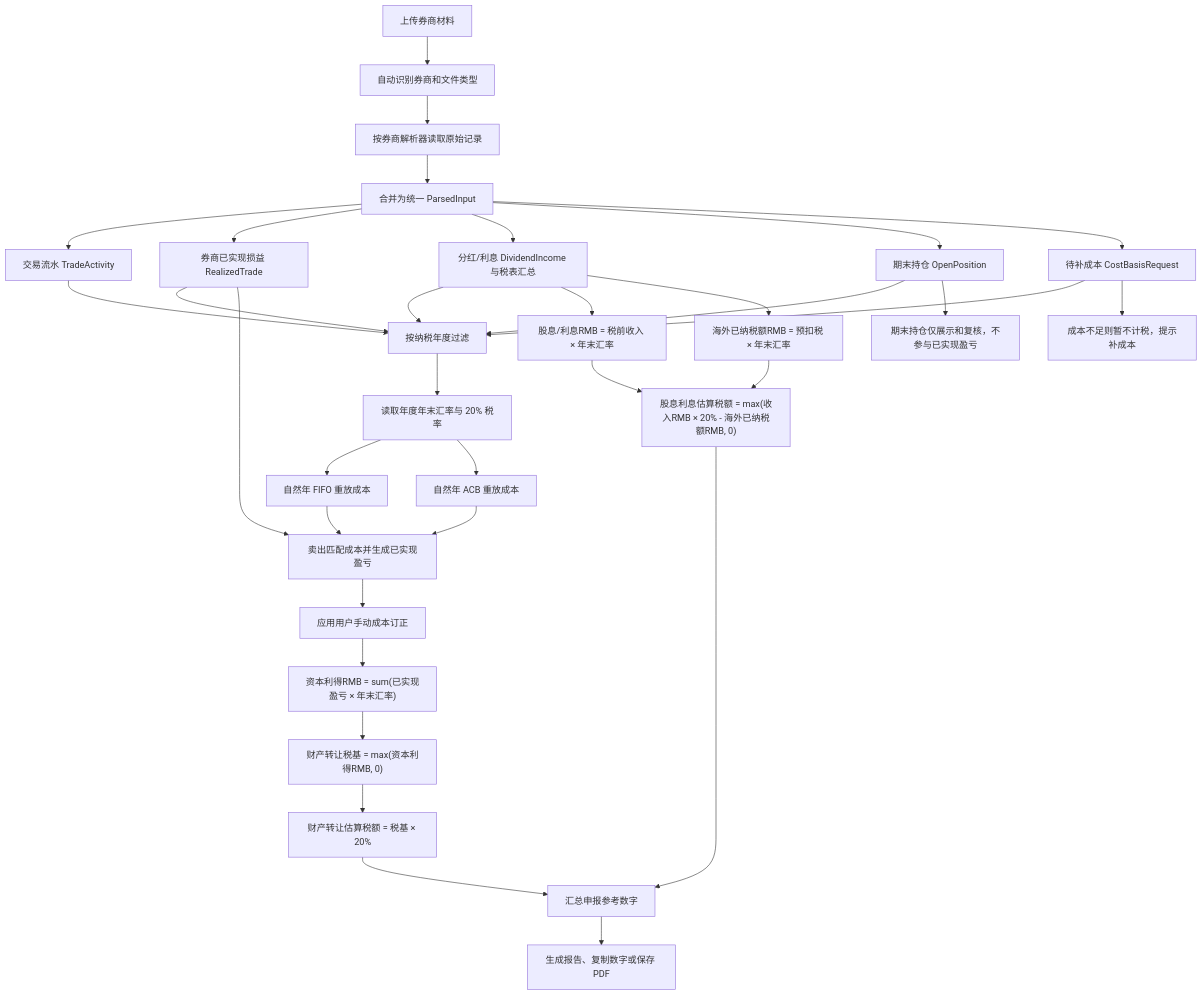
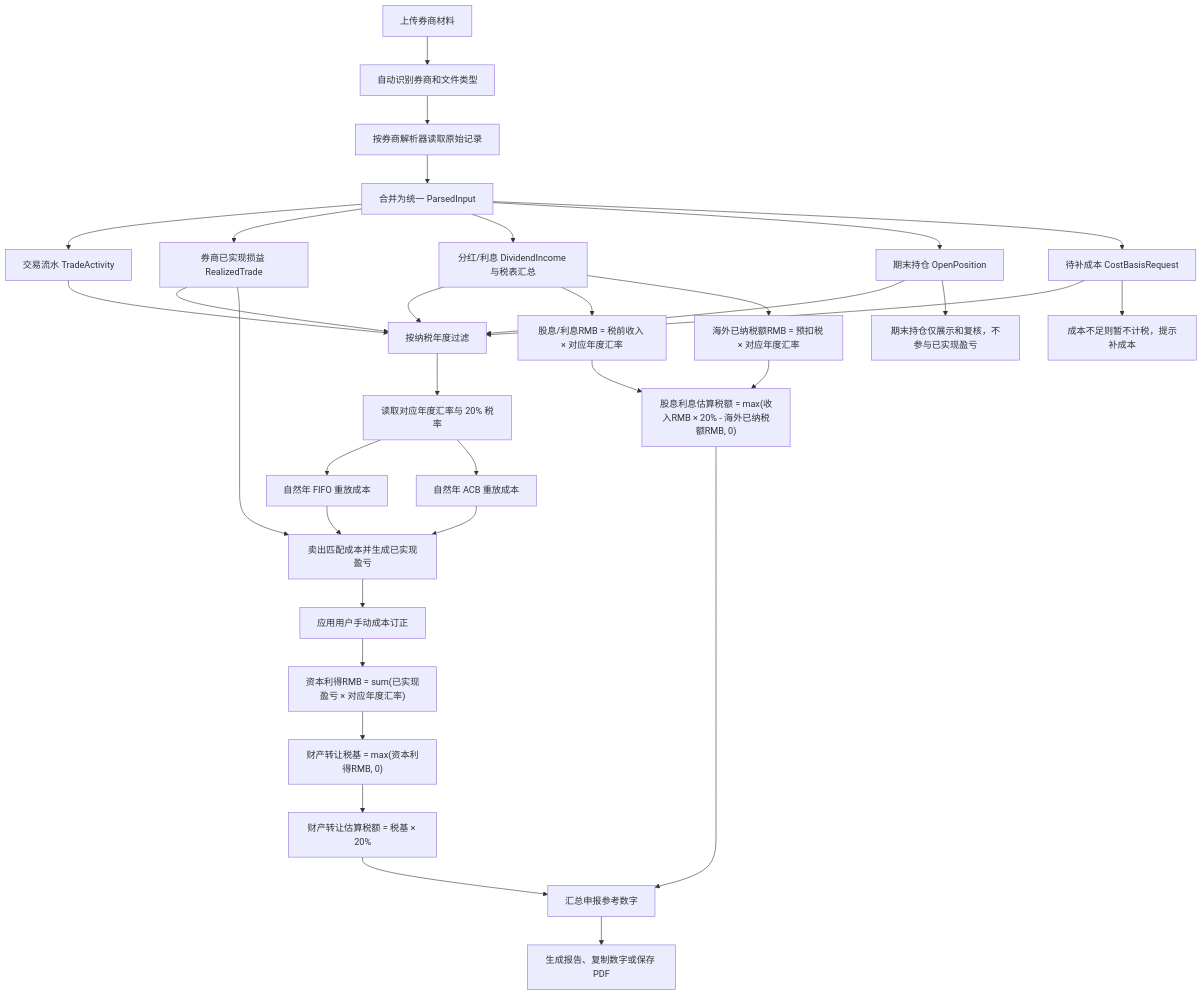
One commit to AdjieC/tax-check changed the diagram in README.md. Above: the diagram before and after it, drawn with Mermaid. The commit also changed other lines of this file and 7 other files, not shown here.

````diff
--- a/README.md
+++ b/README.md
@@ -121,42 +121,42 @@
 ```mermaid
 flowchart TD
   A["上传券商材料"] --> B["自动识别券商和文件类型"]
   B --> C["按券商解析器读取原始记录"]
   C --> D["合并为统一 ParsedInput"]
 
   D --> E1["交易流水 TradeActivity"]
   D --> E2["券商已实现损益 RealizedTrade"]
   D --> E3["分红/利息 DividendIncome 与税表汇总"]
   D --> E4["期末持仓 OpenPosition"]
   D --> E5["待补成本 CostBasisRequest"]
 
   E1 --> F["按纳税年度过滤"]
   E2 --> F
   E3 --> F
   E4 --> F
   E5 --> F
 
-  F --> G["读取年度年末汇率与 20% 税率"]
+  F --> G["读取对应年度汇率与 20% 税率"]
   G --> H1["自然年 FIFO 重放成本"]
   G --> H2["自然年 ACB 重放成本"]
 
   H1 --> I["卖出匹配成本并生成已实现盈亏"]
   H2 --> I
   E2 --> I
   E5 --> J["成本不足则暂不计税，提示补成本"]
   I --> K["应用用户手动成本订正"]
 
-  K --> L["资本利得RMB = sum(已实现盈亏 × 年末汇率)"]
+  K --> L["资本利得RMB = sum(已实现盈亏 × 对应年度汇率)"]
   L --> M["财产转让税基 = max(资本利得RMB, 0)"]
   M --> N["财产转让估算税额 = 税基 × 20%"]
 
-  E3 --> O["股息/利息RMB = 税前收入 × 年末汇率"]
-  E3 --> P["海外已纳税额RMB = 预扣税 × 年末汇率"]
+  E3 --> O["股息/利息RMB = 税前收入 × 对应年度汇率"]
+  E3 --> P["海外已纳税额RMB = 预扣税 × 对应年度汇率"]
   O --> Q["股息利息估算税额 = max(收入RMB × 20% - 海外已纳税额RMB, 0)"]
   P --> Q
 
   N --> R["汇总申报参考数字"]
   Q --> R
   E4 --> S["期末持仓仅展示和复核，不参与已实现盈亏"]
   R --> T["生成报告、复制数字或保存 PDF"]
 ```
````
